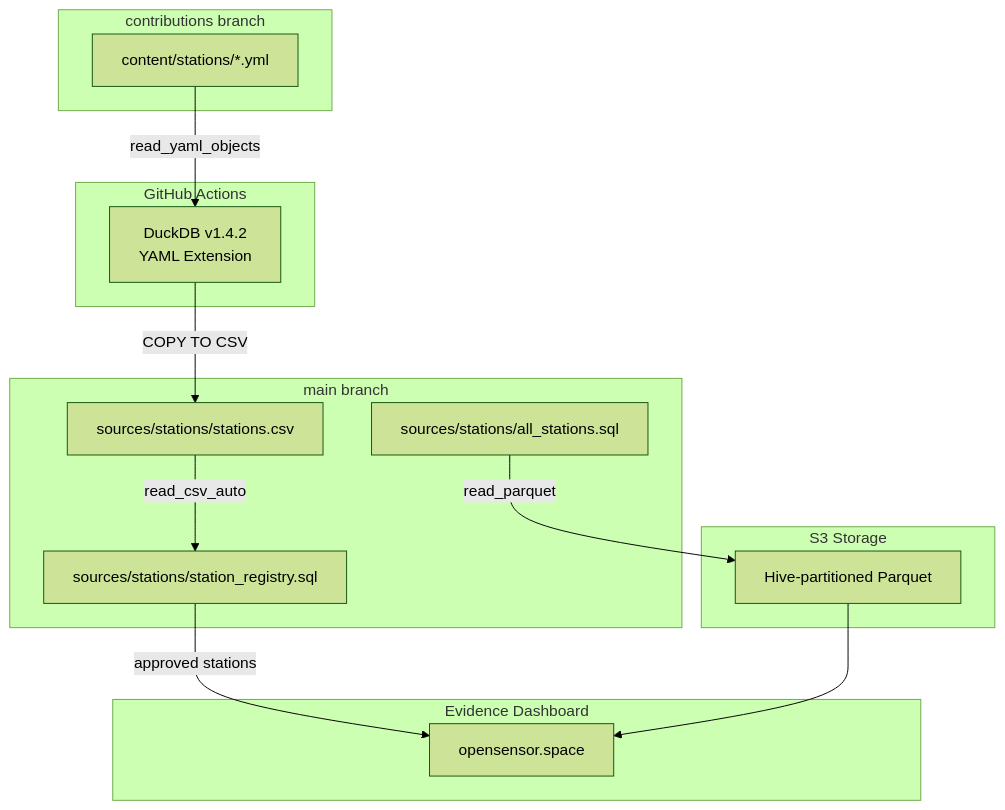
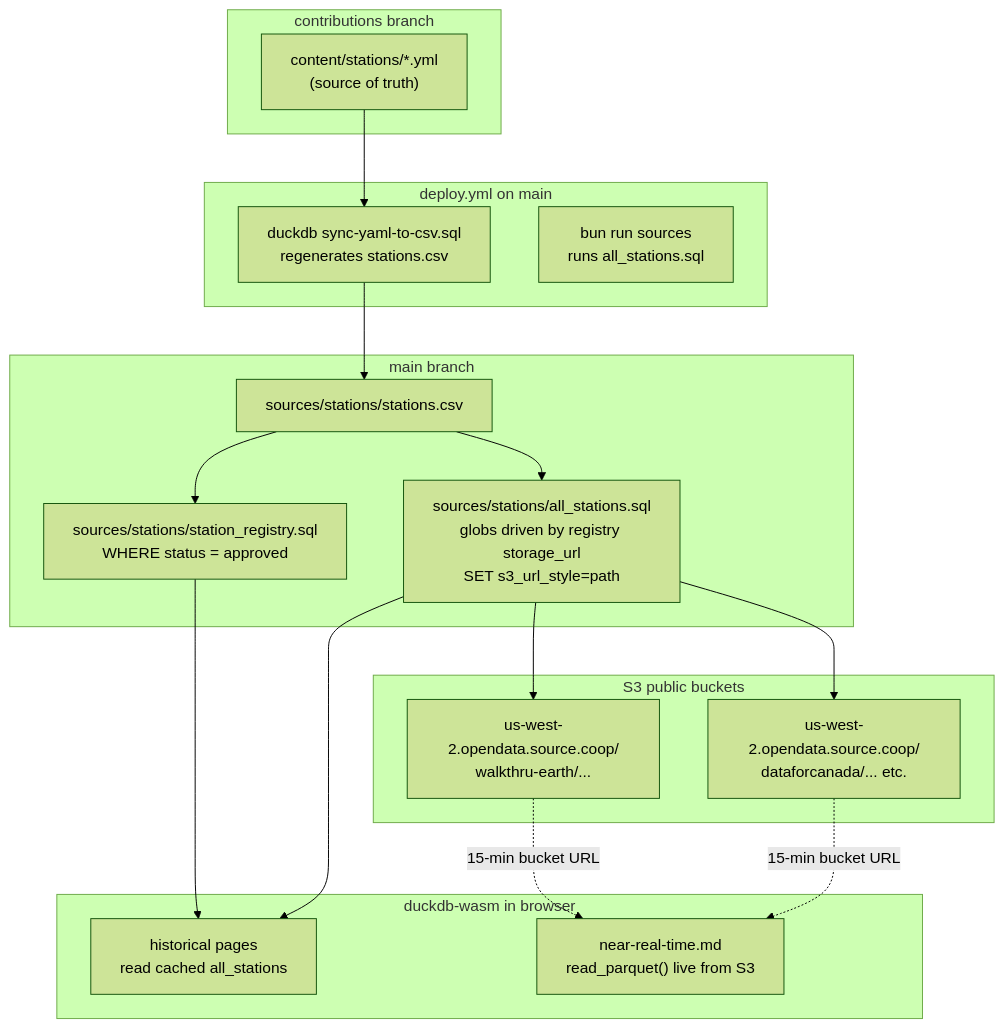
The third of 3 diagrams in CONTRIBUTING.md (walkthru-earth/opensensor-space), drawn with Mermaid (forest theme) before and after one commit. The commit also changed other lines of this file and 2 other files, not shown here.

````diff
--- a/CONTRIBUTING.md
+++ b/CONTRIBUTING.md
@@ -56,31 +57,38 @@
 ```mermaid
 flowchart TB
-    subgraph contributions["contributions branch"]
-        YAML["content/stations/*.yml"]
-    end
+  subgraph contributions[contributions branch]
+    YAML["content/stations/*.yml<br/>(source of truth)"]
+  end
 
-    subgraph workflow["GitHub Actions"]
-        DuckDB["DuckDB v1.4.2<br/>YAML Extension"]
-    end
+  subgraph deploy[deploy.yml on main]
+    SYNC["duckdb sync-yaml-to-csv.sql<br/>regenerates stations.csv"]
+    SOURCES["bun run sources<br/>runs all_stations.sql"]
+  end
 
-    subgraph main["main branch"]
-        CSV["sources/stations/stations.csv"]
-        SQL1["sources/stations/station_registry.sql"]
-        SQL2["sources/stations/all_stations.sql"]
-    end
+  subgraph main[main branch]
+    CSV[sources/stations/stations.csv]
+    REG[sources/stations/station_registry.sql<br/>WHERE status = approved]
+    AGG["sources/stations/all_stations.sql<br/>globs driven by registry storage_url<br/>SET s3_url_style=path"]
+  end
 
-    subgraph dashboard["Evidence Dashboard"]
-        UI["opensensor.space"]
-    end
+  subgraph browser[duckdb-wasm in browser]
+    HIST[historical pages<br/>read cached all_stations]
+    LIVE["near-real-time.md<br/>read_parquet() live from S3"]
+  end
 
-    subgraph storage["S3 Storage"]
-        Parquet["Hive-partitioned Parquet"]
-    end
+  subgraph storage[S3 public buckets]
+    P1[us-west-2.opendata.source.coop/<br/>walkthru-earth/...]
+    P2[us-west-2.opendata.source.coop/<br/>dataforcanada/... etc.]
+  end
 
-    YAML -->|read_yaml_objects| DuckDB
-    DuckDB -->|COPY TO CSV| CSV
-    CSV -->|read_csv_auto| SQL1
-    SQL1 -->|approved stations| UI
-    SQL2 -->|read_parquet| Parquet
-    Parquet --> UI
+  YAML --> SYNC
+  SYNC --> CSV
+  CSV --> REG
+  CSV --> AGG
+  AGG --> P1
+  AGG --> P2
+  REG --> HIST
+  AGG --> HIST
+  P1 -. 15-min bucket URL .-> LIVE
+  P2 -. 15-min bucket URL .-> LIVE
 ```
````
